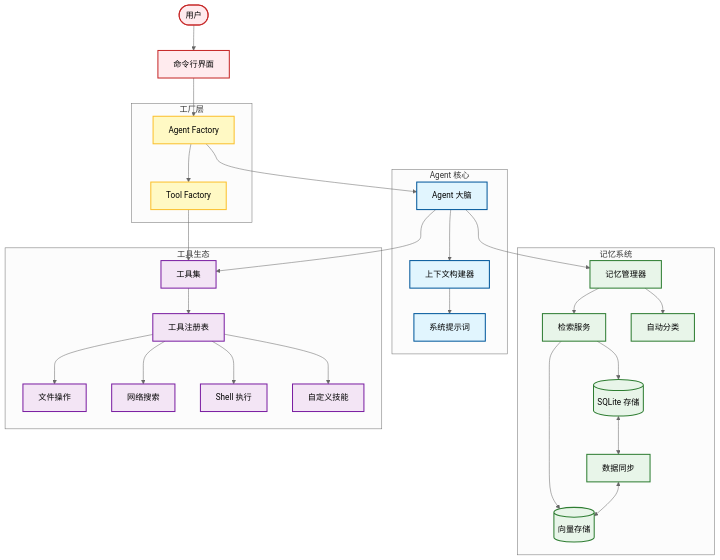
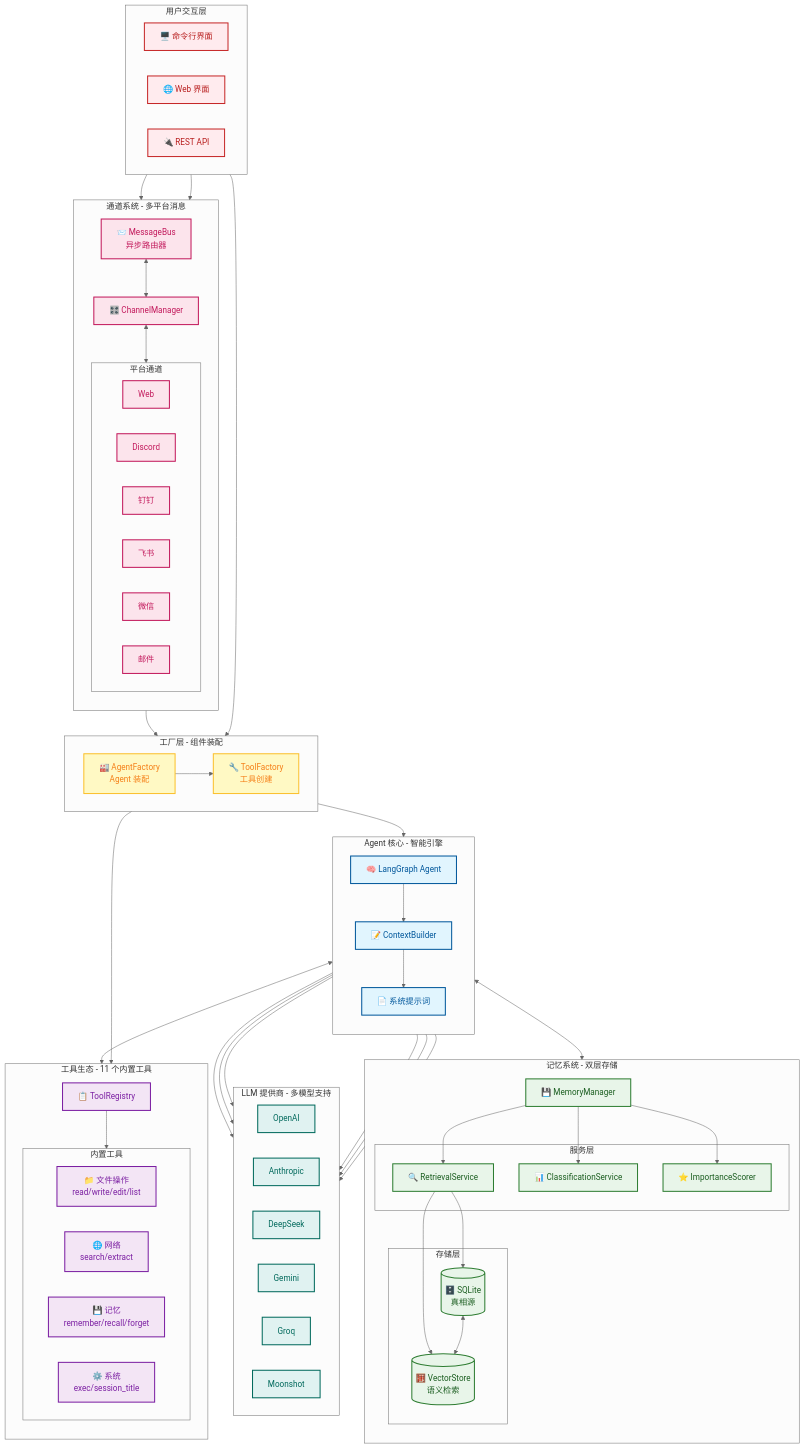
One commit to xt765/FinchBot changed the second of 8 diagrams in README_CN.md. Above: the diagram before and after it, drawn with Mermaid (neutral theme). The commit also changed other lines of this file and 17 other files, not shown here.

First line of the commit message:
docs: 全面更新所有文档，美化 Mermaid 图表

````diff
--- a/README_CN.md
+++ b/README_CN.md
@@ -110,69 +143,125 @@
 ```mermaid
 graph TD
     %% 样式定义
-    classDef core fill:#e1f5fe,stroke:#01579b,stroke-width:2px;
-    classDef factory fill:#fff9c4,stroke:#fbc02d,stroke-width:2px;
-    classDef memory fill:#e8f5e9,stroke:#2e7d32,stroke-width:2px;
-    classDef tools fill:#f3e5f5,stroke:#7b1fa2,stroke-width:2px;
-    classDef user fill:#ffebee,stroke:#c62828,stroke-width:2px;
+    classDef userLayer fill:#ffebee,stroke:#c62828,stroke-width:2px,color:#b71c1c;
+    classDef factoryLayer fill:#fff9c4,stroke:#fbc02d,stroke-width:2px,color:#f57f17;
+    classDef coreLayer fill:#e1f5fe,stroke:#01579b,stroke-width:2px,color:#01579b;
+    classDef memoryLayer fill:#e8f5e9,stroke:#2e7d32,stroke-width:2px,color:#1b5e20;
+    classDef toolLayer fill:#f3e5f5,stroke:#7b1fa2,stroke-width:2px,color:#7b1fa2;
+    classDef channelLayer fill:#fce4ec,stroke:#c2185b,stroke-width:2px,color:#c2185b;
+    classDef infraLayer fill:#e0f2f1,stroke:#00695c,stroke-width:2px,color:#00695c;
 
     %% 用户交互层
-    User([用户]) --> CLI[命令行界面]
-    class User user
-    class CLI user
+    subgraph UserLayer [用户交互层]
+        direction LR
+        CLI[🖥️ 命令行界面]
+        WebUI[🌐 Web 界面]
+        API[🔌 REST API]
+    end
+    class CLI,WebUI,API userLayer
+
+    %% 通道系统
+    subgraph ChannelSystem [通道系统 - 多平台消息]
+        direction TB
+        Bus[📨 MessageBus<br/>异步路由器]
+        CM[🎛️ ChannelManager]
+        
+        Bus <--> CM
+        
+        subgraph Channels [平台通道]
+            WebCh[Web]
+            DiscordCh[Discord]
+            DingTalkCh[钉钉]
+            FeishuCh[飞书]
+            WeChatCh[微信]
+            EmailCh[邮件]
+        end
+        
+        CM <--> Channels
+    end
+    class Bus,CM channelLayer
+    class WebCh,DiscordCh,DingTalkCh,FeishuCh,WeChatCh,EmailCh channelLayer
 
     %% 工厂层
-    subgraph Factory_Layer [工厂层]
-        AgentFactory[Agent Factory]
-        ToolFactory[Tool Factory]
+    subgraph FactoryLayer [工厂层 - 组件装配]
+        direction LR
+        AF[🏭 AgentFactory<br/>Agent 装配]
+        TF[🔧 ToolFactory<br/>工具创建]
     end
-    class AgentFactory,ToolFactory factory
+    class AF,TF factoryLayer
 
-    CLI --> AgentFactory
-    AgentFactory --> Agent
-    AgentFactory --> ToolFactory
-    ToolFactory --> ToolSet
-
-    %% 核心层
-    subgraph Agent_Core [Agent 核心]
-        Agent[Agent 大脑]
-        ContextBuilder[上下文构建器]
-        SystemPrompt[系统提示词]
+    %% Agent 核心
+    subgraph AgentCore [Agent 核心 - 智能引擎]
+        direction TB
+        Agent[🧠 LangGraph Agent]
+        CB[📝 ContextBuilder]
+        SP[📄 系统提示词]
         
-        Agent --> ContextBuilder
-        ContextBuilder --> SystemPrompt
+        Agent --> CB
+        CB --> SP
     end
-    class Agent,ContextBuilder,SystemPrompt core
+    class Agent,CB,SP coreLayer
 
     %% 记忆系统
-    subgraph Memory_System [记忆系统]
-        MemoryMgr[记忆管理器]
-        SQLite[(SQLite 存储)]
-        Vector[(向量存储)]
-        Sync[数据同步]
+    subgraph MemorySystem [记忆系统 - 双层存储]
+        direction TB
+        MM[💾 MemoryManager]
         
-        MemoryMgr --> Retrieval[检索服务]
-        MemoryMgr --> Classification[自动分类]
-        Retrieval --> SQLite
-        Retrieval --> Vector
-        SQLite <--> Sync <--> Vector
+        subgraph Services [服务层]
+            RS[🔍 RetrievalService]
+            CS[📊 ClassificationService]
+            IS[⭐ ImportanceScorer]
+        end
+        
+        subgraph Storage [存储层]
+            SQLite[(🗄️ SQLite<br/>真相源)]
+            Vector[(🧮 VectorStore<br/>语义检索)]
+        end
+        
+        MM --> RS & CS & IS
+        RS --> SQLite & Vector
+        SQLite <--> Vector
     end
-    class MemoryMgr,SQLite,Vector,Sync,Retrieval,Classification memory
+    class MM,RS,CS,IS,SQLite,Vector memoryLayer
 
-    Agent --> MemoryMgr
+    %% 工具生态
+    subgraph ToolEcosystem [工具生态 - 11 个内置工具]
+        direction TB
+        TR[📋 ToolRegistry]
+        
+        subgraph BuiltInTools [内置工具]
+            FileTools[📁 文件操作<br/>read/write/edit/list]
+            WebTools[🌐 网络<br/>search/extract]
+            MemTools[💾 记忆<br/>remember/recall/forget]
+            SysTools[⚙️ 系统<br/>exec/session_title]
+        end
+        
+        TR --> BuiltInTools
+    end
+    class TR,FileTools,WebTools,MemTools,SysTools toolLayer
 
-    %% 工具系统
-    subgraph Tool_Ecosystem [工具生态]
-        ToolSet[工具集]
-        ToolRegistry[工具注册表]
-        
-        ToolSet --> ToolRegistry
-        ToolRegistry --> File[文件操作]
-        ToolRegistry --> Web[网络搜索]
-        ToolRegistry --> Shell[Shell 执行]
-        ToolRegistry --> Custom[自定义技能]
+    %% LLM 提供商
+    subgraph LLMProviders [LLM 提供商 - 多模型支持]
+        direction LR
+        OpenAI[OpenAI]
+        Anthropic[Anthropic]
+        DeepSeek[DeepSeek]
+        Gemini[Gemini]
+        Groq[Groq]
+        Moonshot[Moonshot]
     end
-    class ToolSet,ToolRegistry,File,Web,Shell,Custom tools
+    class OpenAI,Anthropic,DeepSeek,Gemini,Groq,Moonshot infraLayer
 
-    Agent --> ToolSet
+    %% 连接
+    CLI & WebUI --> Bus
+    API --> AF
+    
+    Bus --> AF
+    AF --> Agent
+    AF --> TF
+    TF --> TR
+    
+    Agent <--> MM
+    Agent <--> TR
+    Agent --> OpenAI & Anthropic & DeepSeek & Gemini & Groq & Moonshot
 ```
````
